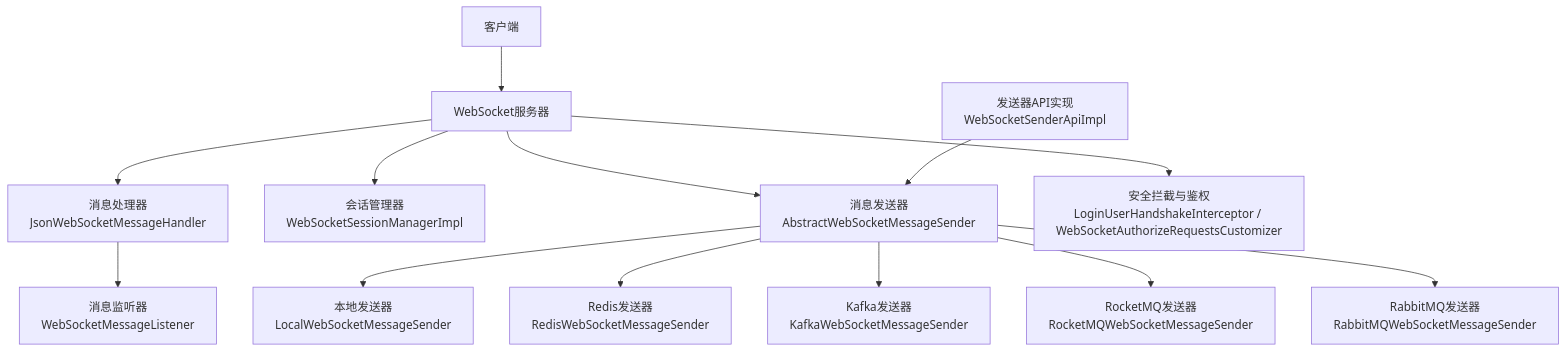
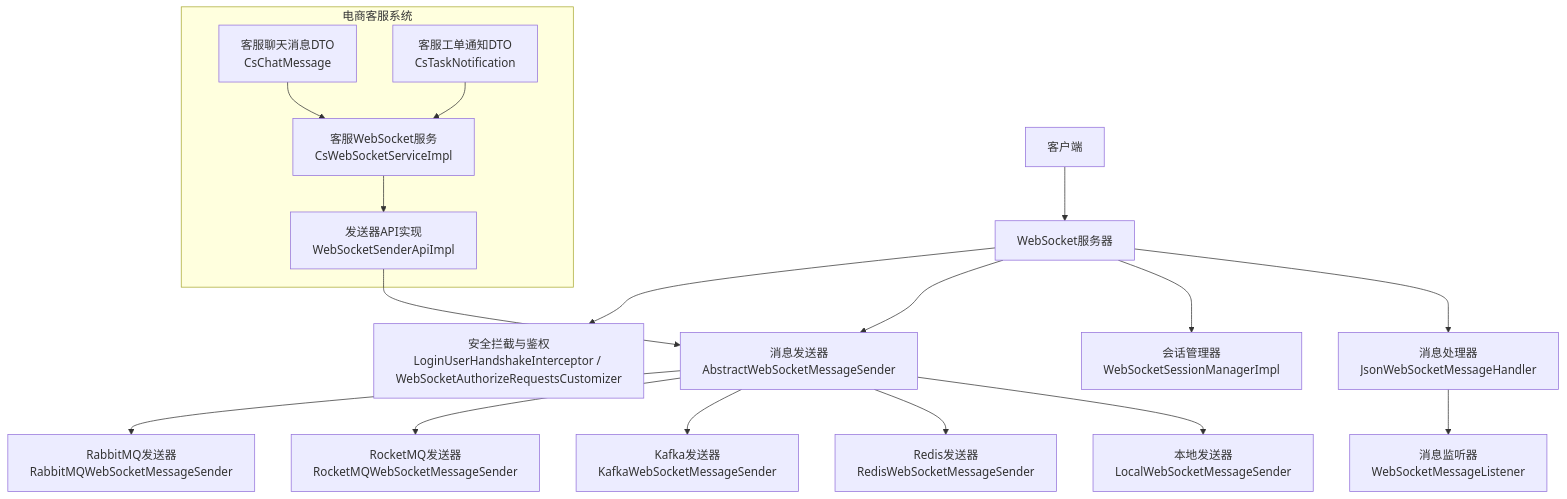
The second of 8 diagrams in .qoder/repowiki/zh/content/核心模块/即时通讯模块/WebSocket实时通信服务.md (xiaoche80s-tech/rouyi-vue-pro), drawn with Mermaid before and after one commit. The commit also changed other lines of this file and 598 other files, not shown here.

````diff
--- a/.qoder/repowiki/zh/content/核心模块/即时通讯模块/WebSocket实时通信服务.md
+++ b/.qoder/repowiki/zh/content/核心模块/即时通讯模块/WebSocket实时通信服务.md
@@ -117,15 +142,20 @@
 ```mermaid
 graph TB
 Client["客户端"] --> WS["WebSocket服务器"]
 WS --> Handler["消息处理器<br/>JsonWebSocketMessageHandler"]
 Handler --> Listener["消息监听器<br/>WebSocketMessageListener"]
 WS --> SM["会话管理器<br/>WebSocketSessionManagerImpl"]
 WS --> Sender["消息发送器<br/>AbstractWebSocketMessageSender"]
 Sender --> Local["本地发送器<br/>LocalWebSocketMessageSender"]
 Sender --> Redis["Redis发送器<br/>RedisWebSocketMessageSender"]
 Sender --> Kafka["Kafka发送器<br/>KafkaWebSocketMessageSender"]
 Sender --> RMQ["RocketMQ发送器<br/>RocketMQWebSocketMessageSender"]
 Sender --> Rabbit["RabbitMQ发送器<br/>RabbitMQWebSocketMessageSender"]
 WS --> Sec["安全拦截与鉴权<br/>LoginUserHandshakeInterceptor / WebSocketAuthorizeRequestsCustomizer"]
 API["发送器API实现<br/>WebSocketSenderApiImpl"] --> Sender
+subgraph "电商客服系统"
+CS["客服WebSocket服务<br/>CsWebSocketServiceImpl"] --> API
+DTO1["客服聊天消息DTO<br/>CsChatMessage"] --> CS
+DTO2["客服工单通知DTO<br/>CsTaskNotification"] --> CS
+end
 ```
````
